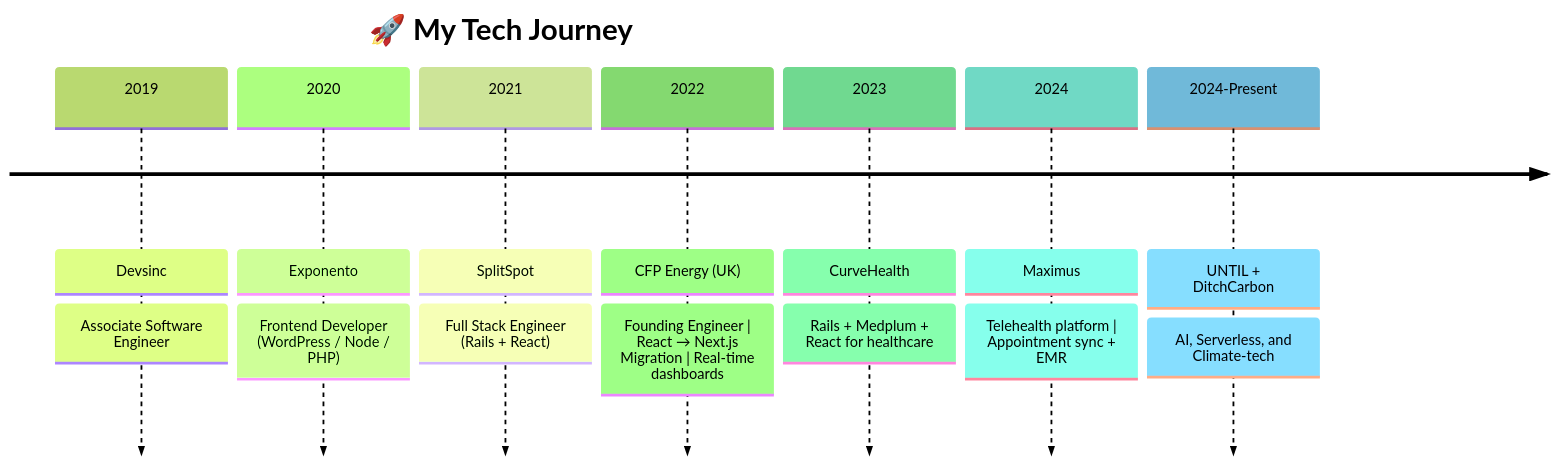
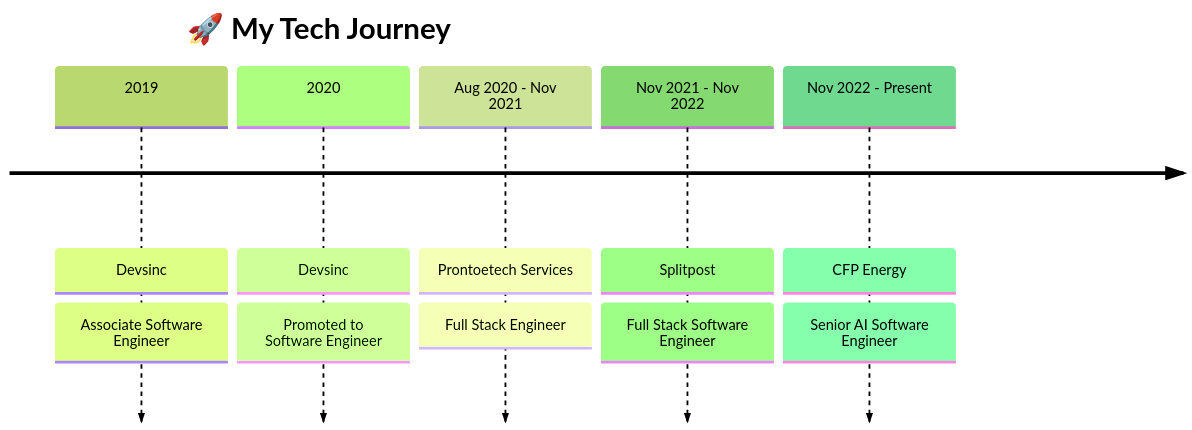
Before and after one commit to ZeeshanAhmedoff1997/ZeeshanAhmedoff1997: the diagram in README.md, drawn with Mermaid (forest theme). The commit also changed other lines of this file, not shown here.

````diff
--- a/README.md
+++ b/README.md
@@ -39,11 +40,9 @@
 ```mermaid
 timeline
     title 🚀 My Tech Journey
     2019 : Devsinc : Associate Software Engineer
-    2020 : Exponento : Frontend Developer (WordPress / Node / PHP)
-    2021 : SplitSpot : Full Stack Engineer (Rails + React)
-    2022 : CFP Energy (UK) : Founding Engineer | React → Next.js Migration | Real-time dashboards
-    2023 : CurveHealth : Rails + Medplum + React for healthcare
-    2024 : Maximus : Telehealth platform | Appointment sync + EMR
-    2024-Present : UNTIL + DitchCarbon : AI, Serverless, and Climate-tech
+    2020 : Devsinc : Promoted to Software Engineer
+    Aug 2020 - Nov 2021 : Prontoetech Services : Full Stack Engineer
+    Nov 2021 - Nov 2022 : Splitpost : Full Stack Software Engineer
+    Nov 2022 - Present : CFP Energy : Senior AI Software Engineer
 ```
````
